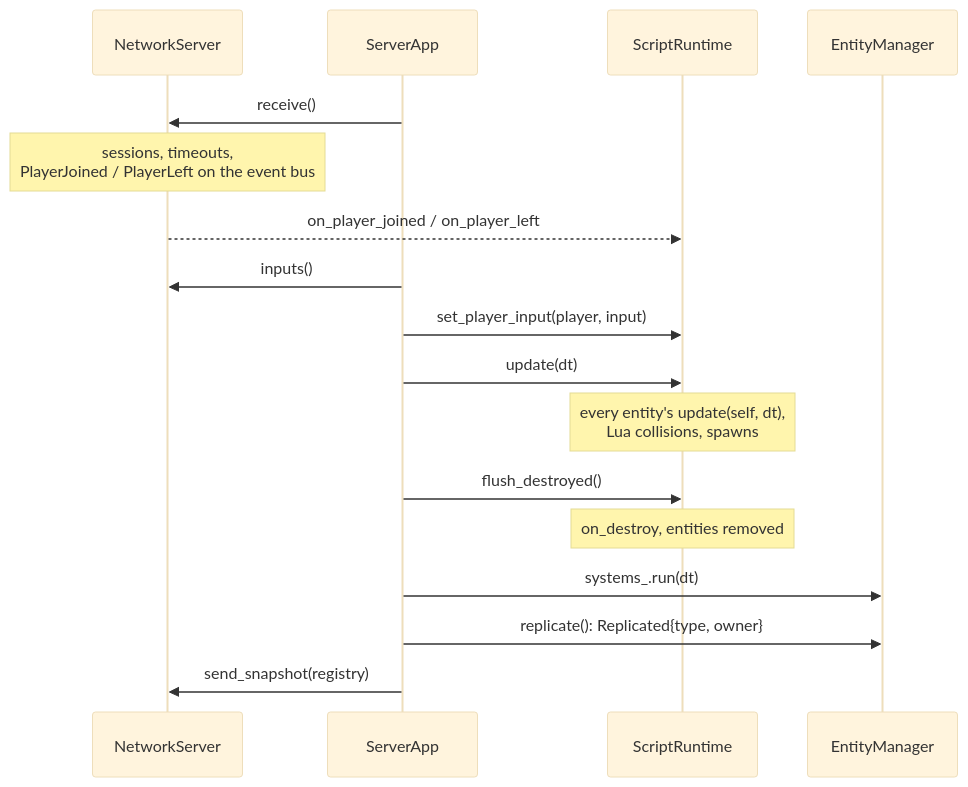
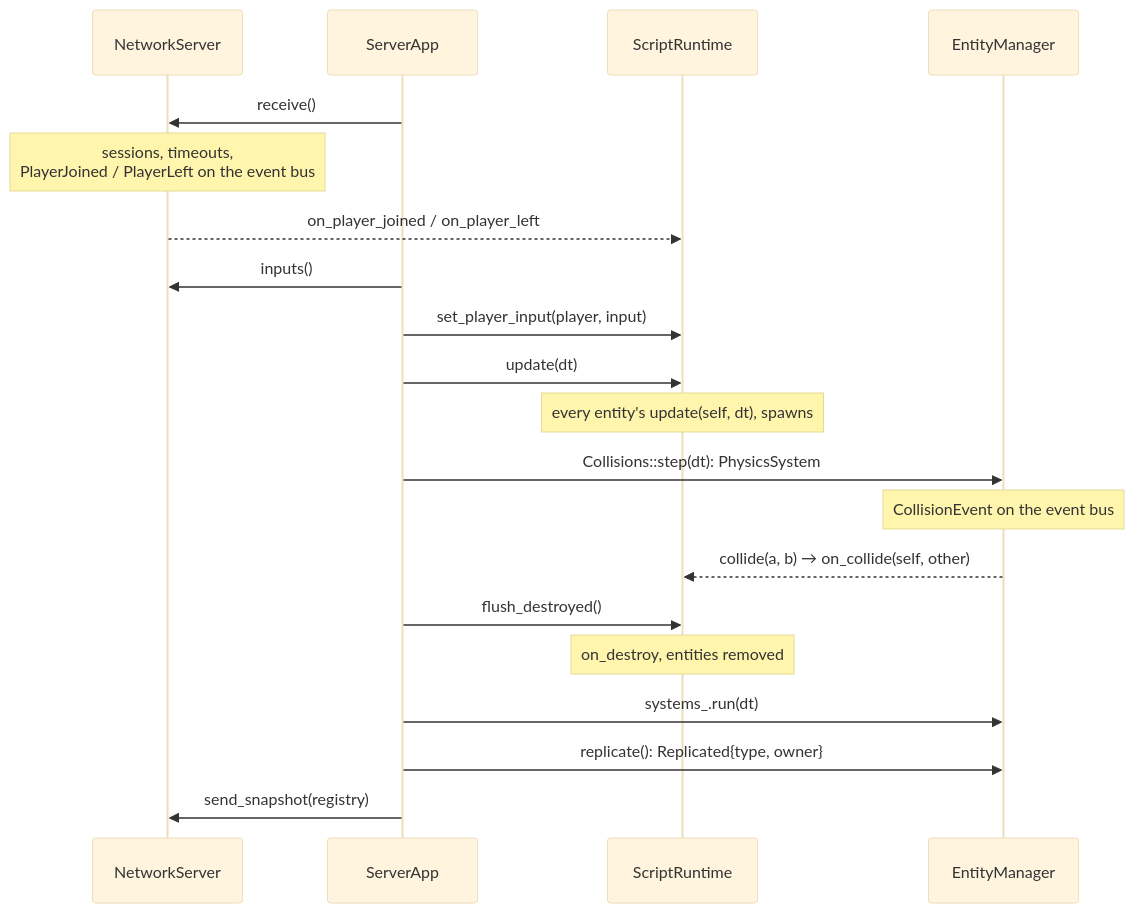
Before and after one commit to Saitamadupauvre/RType: the third of 3 diagrams in docs/architecture.md, drawn with Mermaid (base theme). The commit also changed other lines of this file and 8 other files, not shown here.

Commit message:
docs: document native collisions, on_collide and enemy shots

````diff
--- a/docs/architecture.md
+++ b/docs/architecture.md
@@ -112,19 +112,22 @@
 ```mermaid
 sequenceDiagram
     participant Net as NetworkServer
     participant App as ServerApp
     participant Lua as ScriptRuntime
     participant ECS as EntityManager
     App->>Net: receive()
     Note over Net: sessions, timeouts,<br/>PlayerJoined / PlayerLeft on the event bus
     Net-->>Lua: on_player_joined / on_player_left
     App->>Net: inputs()
     App->>Lua: set_player_input(player, input)
     App->>Lua: update(dt)
-    Note over Lua: every entity's update(self, dt),<br/>Lua collisions, spawns
+    Note over Lua: every entity's update(self, dt), spawns
+    App->>ECS: Collisions::step(dt): PhysicsSystem
+    Note over ECS: CollisionEvent on the event bus
+    ECS-->>Lua: collide(a, b) → on_collide(self, other)
     App->>Lua: flush_destroyed()
     Note over Lua: on_destroy, entities removed
     App->>ECS: systems_.run(dt)
     App->>ECS: replicate(): Replicated{type, owner}
     App->>Net: send_snapshot(registry)
 ```
````
